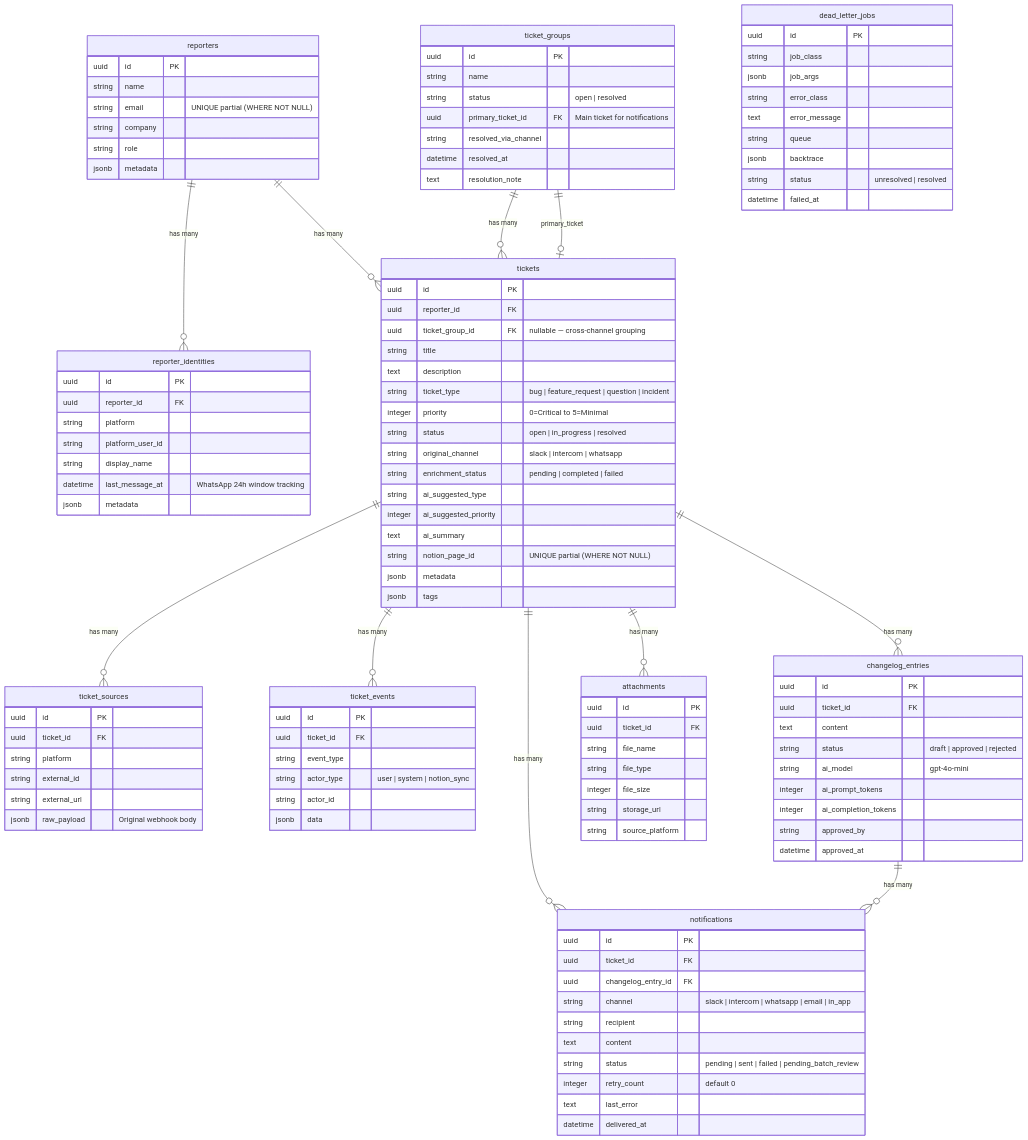
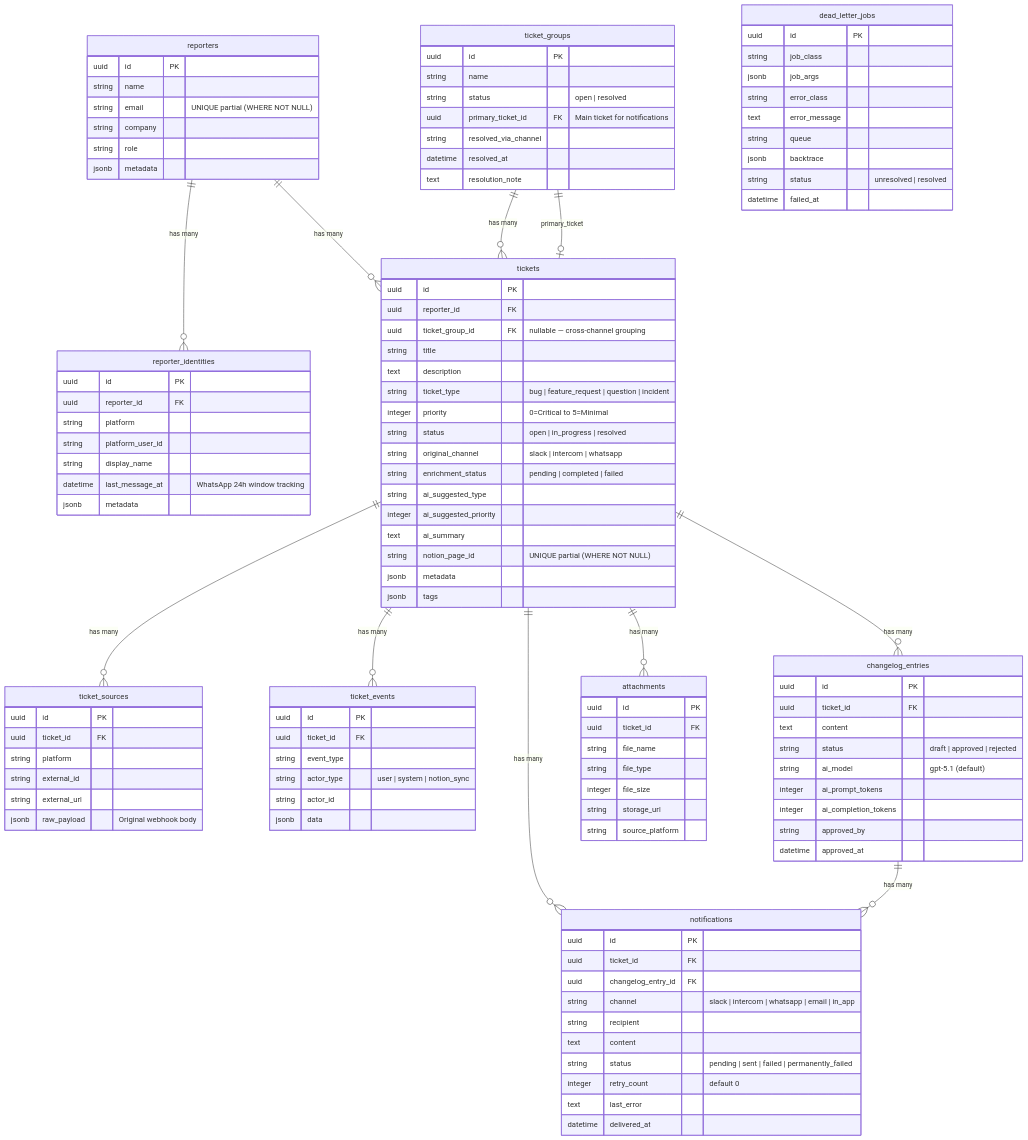
One commit to abouhid2/feedback-hub changed the second of 4 diagrams in README.md. Above: the diagram before and after it, drawn with Mermaid. The commit also changed other lines of this file and 8 other files, not shown here.

```diff
--- a/README.md
+++ b/README.md
@@ -228,7 +226,7 @@
         uuid ticket_id FK
         text content
         string status "draft | approved | rejected"
-        string ai_model "gpt-4o-mini"
+        string ai_model "gpt-5.1 (default)"
         integer ai_prompt_tokens
         integer ai_completion_tokens
         string approved_by
@@ -242,7 +240,7 @@
         string channel "slack | intercom | whatsapp | email | in_app"
         string recipient
         text content
-        string status "pending | sent | failed | pending_batch_review"
+        string status "pending | sent | failed | permanently_failed"
         integer retry_count "default 0"
         text last_error
         datetime delivered_at
```
